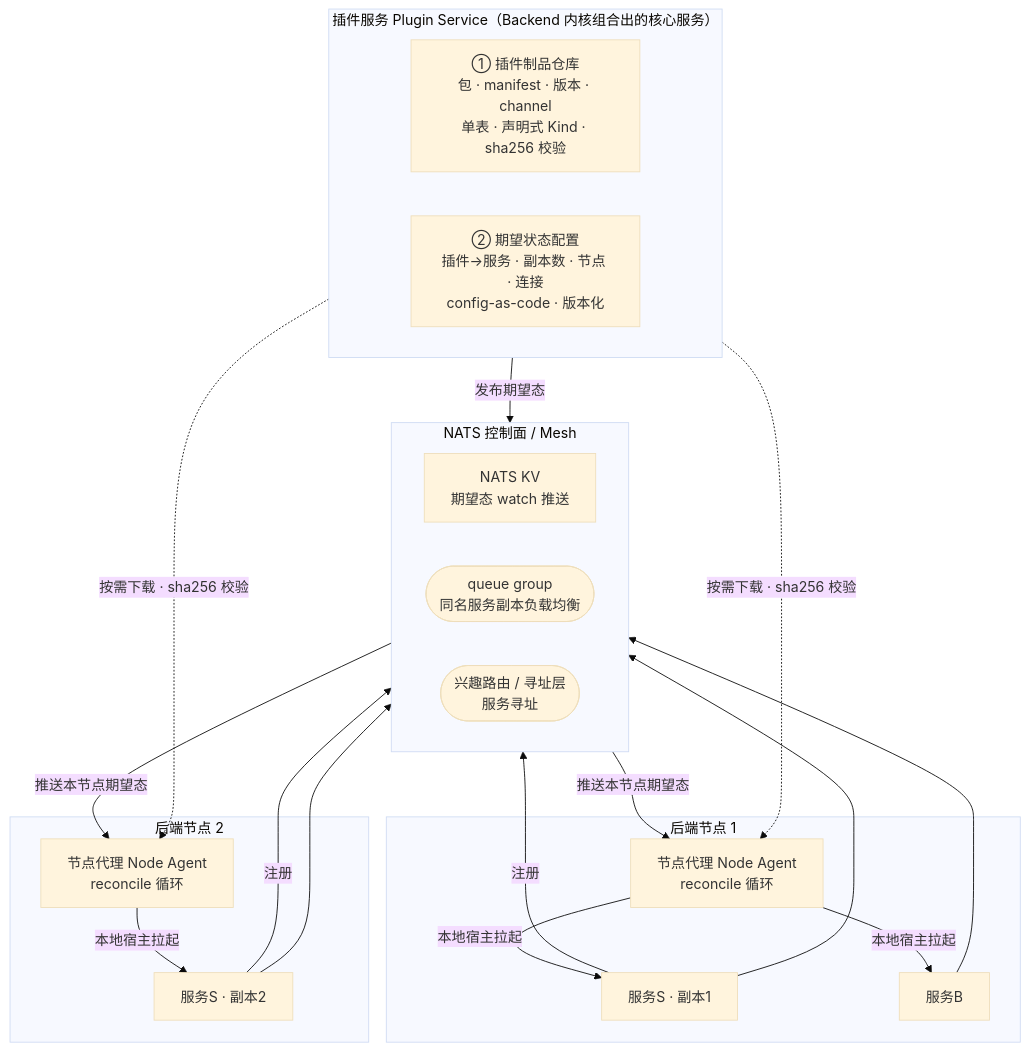
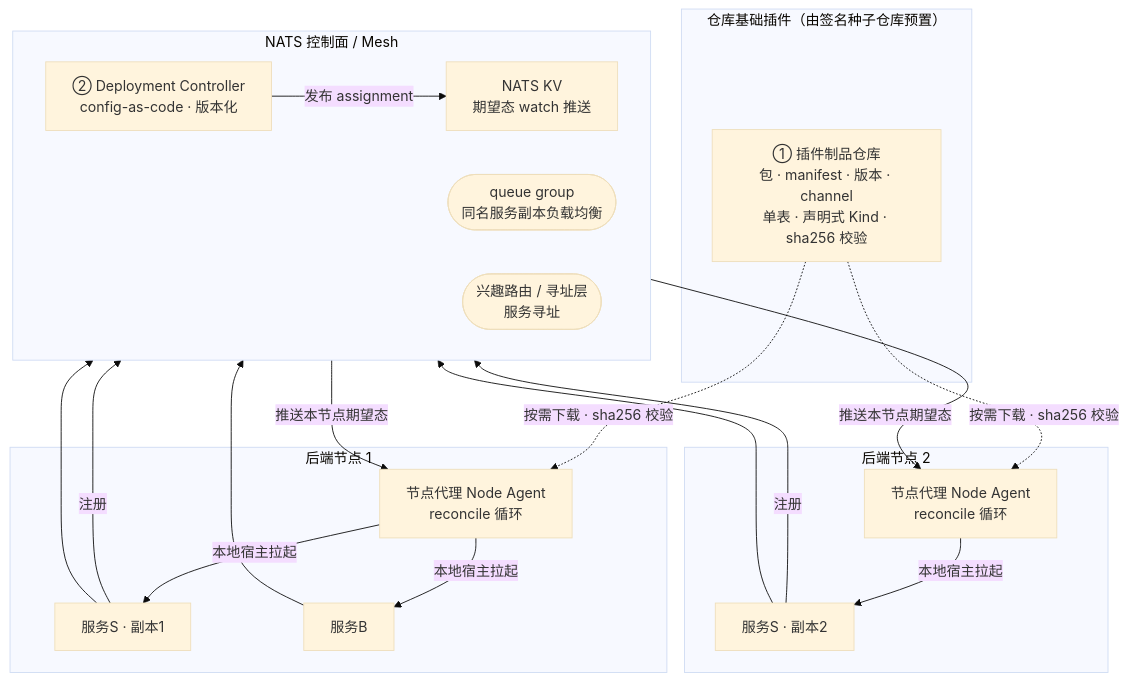
The fourth of 6 diagrams in docs/dev/architecture/系统架构.md (yandt/VastPlan), drawn with Mermaid (base theme) before and after one commit. The commit also changed other lines of this file and 28 other files, not shown here.

````diff
--- a/docs/dev/architecture/系统架构.md
+++ b/docs/dev/architecture/系统架构.md
@@ -333,40 +333,39 @@
 ```mermaid
 flowchart TB
-  subgraph PS["插件服务 Plugin Service（Backend 内核组合出的核心服务）"]
-    direction LR
+  subgraph PS["仓库基础插件（由签名种子仓库预置）"]
     REPO["① 插件制品仓库<br/>包 · manifest · 版本 · channel<br/>单表 · 声明式 Kind · sha256 校验"]
-    DS["② 期望状态配置<br/>插件→服务 · 副本数 · 节点 · 连接<br/>config-as-code · 版本化"]
   end
 
   subgraph CP["NATS 控制面 / Mesh"]
     direction LR
+    CTRL["② Deployment Controller<br/>config-as-code · 版本化"]
     KV["NATS KV<br/>期望态 watch 推送"]
     QG(["queue group<br/>同名服务副本负载均衡"])
     MESH(["兴趣路由 / 寻址层<br/>服务寻址"])
   end
 
   subgraph N1["后端节点 1"]
     A1["节点代理 Node Agent<br/>reconcile 循环"]
     S1["服务S · 副本1"]
     SB["服务B"]
     A1 -->|本地宿主拉起| S1
     A1 -->|本地宿主拉起| SB
   end
 
   subgraph N2["后端节点 2"]
     A2["节点代理 Node Agent<br/>reconcile 循环"]
     S2["服务S · 副本2"]
     A2 -->|本地宿主拉起| S2
   end
 
-  DS -->|发布期望态| KV
+  CTRL -->|发布 assignment| KV
   KV -->|推送本节点期望态| A1
   KV -->|推送本节点期望态| A2
   REPO -.->|按需下载 · sha256 校验| A1
   REPO -.->|按需下载 · sha256 校验| A2
   S1 -->|注册| QG
   S2 -->|注册| QG
   S1 --> MESH
   S2 --> MESH
   SB --> MESH
 ```
````
